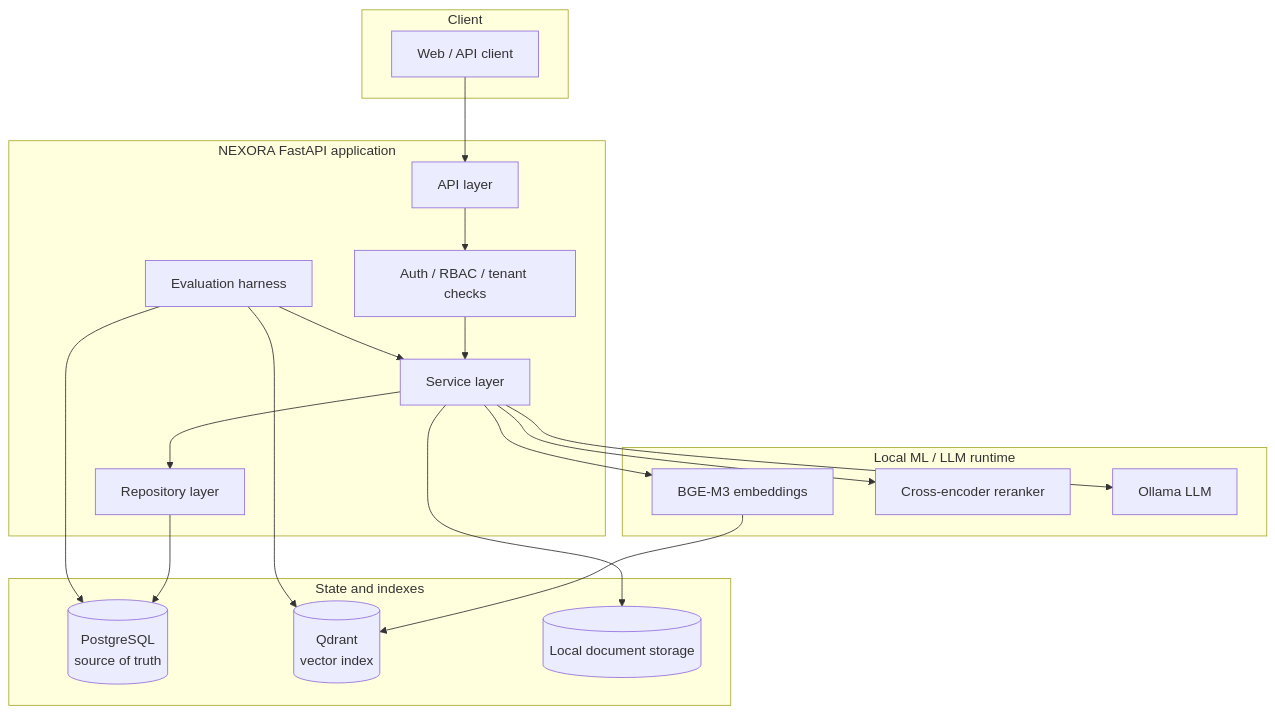
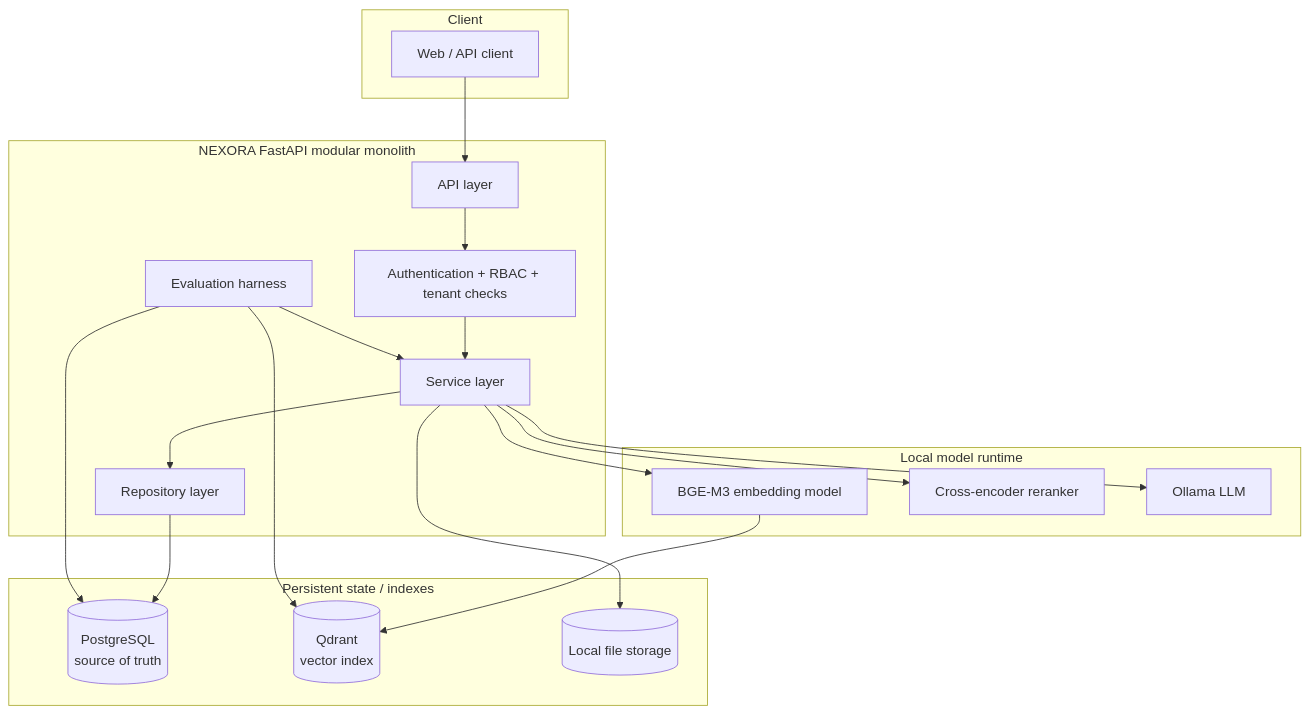
The second of 8 diagrams in README.md (Sujeet-Kona/NEXORA), drawn with Mermaid before and after one commit. The commit also changed other lines of this file, not shown here.

````diff
--- a/README.md
+++ b/README.md
@@ -47,37 +54,36 @@
 ```mermaid
 flowchart TB
     subgraph CLIENT[Client]
-        WEB[Web / API client]
+        C[Web / API client]
     end
 
-    subgraph APP[NEXORA FastAPI application]
+    subgraph APP[NEXORA FastAPI modular monolith]
         API[API layer]
-        SECURITY[Auth / RBAC / tenant checks]
+        AUTH[Authentication + RBAC + tenant checks]
         SERVICES[Service layer]
         REPOS[Repository layer]
         EVAL[Evaluation harness]
     end
 
-    subgraph DATA[State and indexes]
+    subgraph STATE[Persistent state / indexes]
         PG[(PostgreSQL<br/>source of truth)]
         QD[(Qdrant<br/>vector index)]
-        FS[(Local document storage)]
+        FS[(Local file storage)]
     end
 
-    subgraph MODELS[Local ML / LLM runtime]
-        BGE[BGE-M3 embeddings]
-        RERANK[Cross-encoder reranker]
-        OLLAMA[Ollama LLM]
+    subgraph MODELS[Local model runtime]
+        EMB[BGE-M3 embedding model]
+        RR[Cross-encoder reranker]
+        LLM[Ollama LLM]
     end
 
-    WEB --> API --> SECURITY --> SERVICES
-    SERVICES --> REPOS
-    REPOS --> PG
+    C --> API --> AUTH --> SERVICES
+    SERVICES --> REPOS --> PG
     SERVICES --> FS
-    SERVICES --> BGE --> QD
-    SERVICES --> RERANK
-    SERVICES --> OLLAMA
+    SERVICES --> EMB --> QD
+    SERVICES --> RR
+    SERVICES --> LLM
     EVAL --> SERVICES
     EVAL --> PG
     EVAL --> QD
 ```
````
